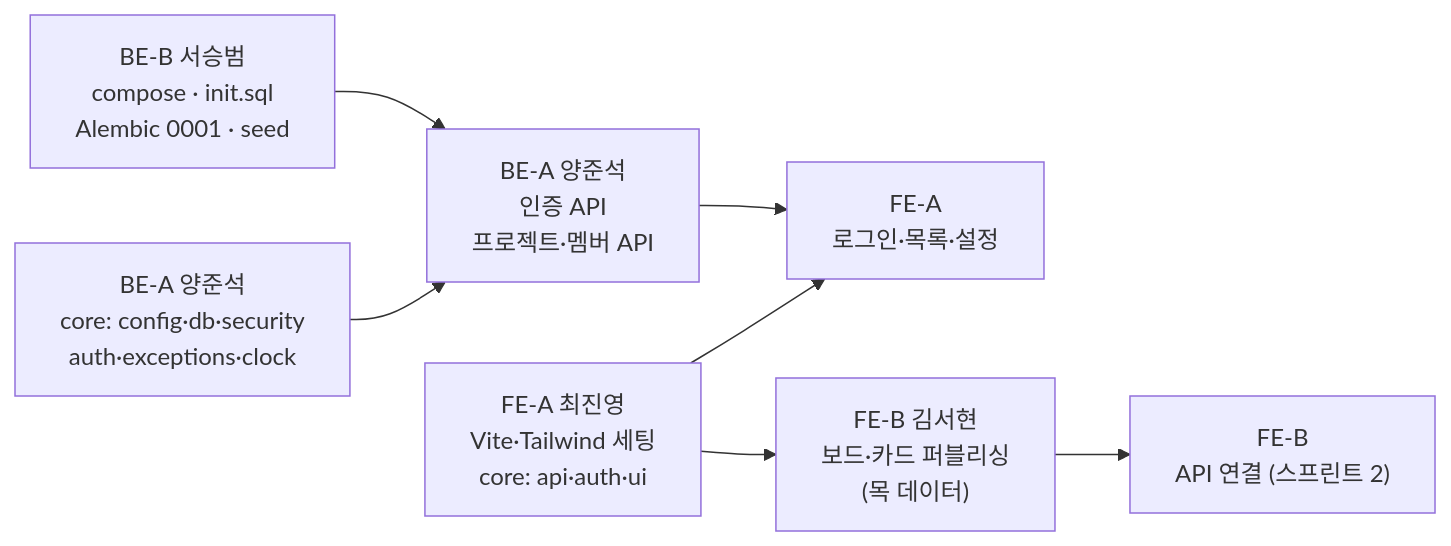
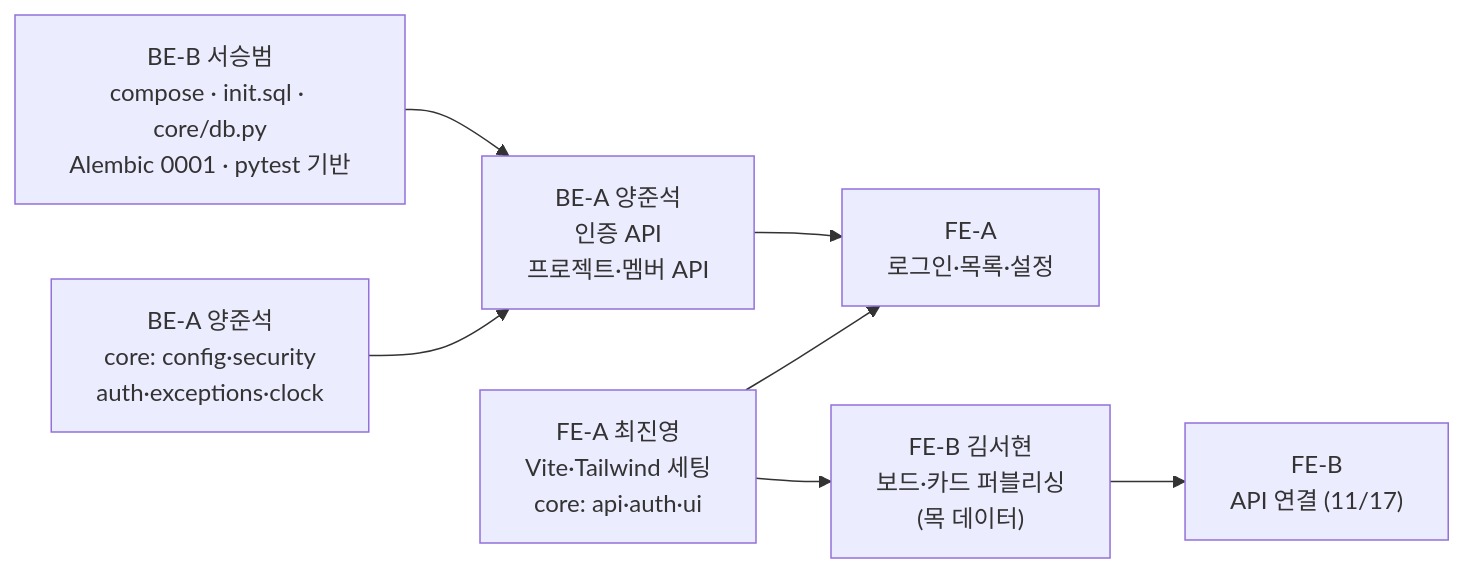
One commit to azaz1238-tech/-Doing_It- changed the third of 3 diagrams in docs/ARCHITECTURE.md. Above: the diagram before and after it, drawn with Mermaid. The commit also changed other lines of this file and 15 other files, not shown here.

````diff
--- a/docs/ARCHITECTURE.md
+++ b/docs/ARCHITECTURE.md
@@ -255,9 +257,9 @@
 ```mermaid
 flowchart LR
-  B1["BE-B 서승범<br/>compose · init.sql<br/>Alembic 0001 · seed"] --> B2["BE-A 양준석<br/>인증 API<br/>프로젝트·멤버 API"]
-  A1["BE-A 양준석<br/>core: config·db·security<br/>auth·exceptions·clock"] --> B2
+  B1["BE-B 서승범<br/>compose · init.sql · core/db.py<br/>Alembic 0001 · pytest 기반"] --> B2["BE-A 양준석<br/>인증 API<br/>프로젝트·멤버 API"]
+  A1["BE-A 양준석<br/>core: config·security<br/>auth·exceptions·clock"] --> B2
   F1["FE-A 최진영<br/>Vite·Tailwind 세팅<br/>core: api·auth·ui"] --> F2["FE-A<br/>로그인·목록·설정"]
-  F3["FE-B 김서현<br/>보드·카드 퍼블리싱<br/>(목 데이터)"] --> F4["FE-B<br/>API 연결 (스프린트 2)"]
+  F3["FE-B 김서현<br/>보드·카드 퍼블리싱<br/>(목 데이터)"] --> F4["FE-B<br/>API 연결 (11/17)"]
   F1 --> F3
   B2 --> F2
 ```
````
